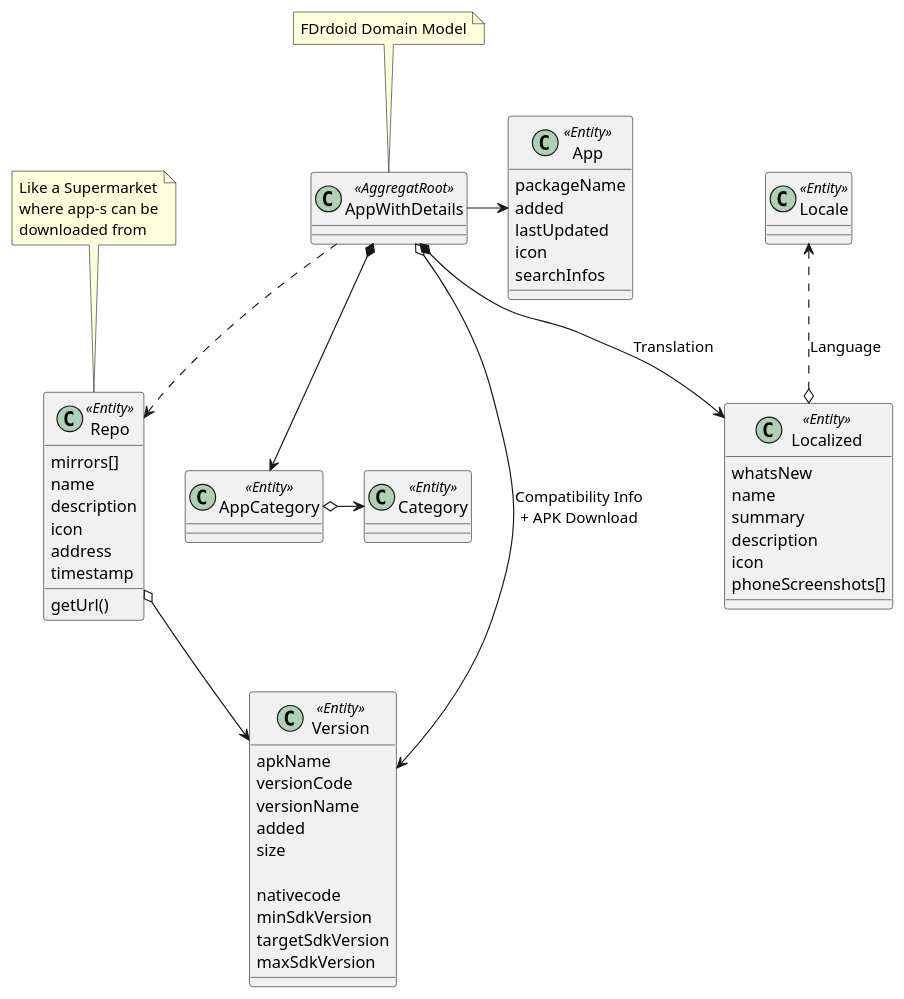
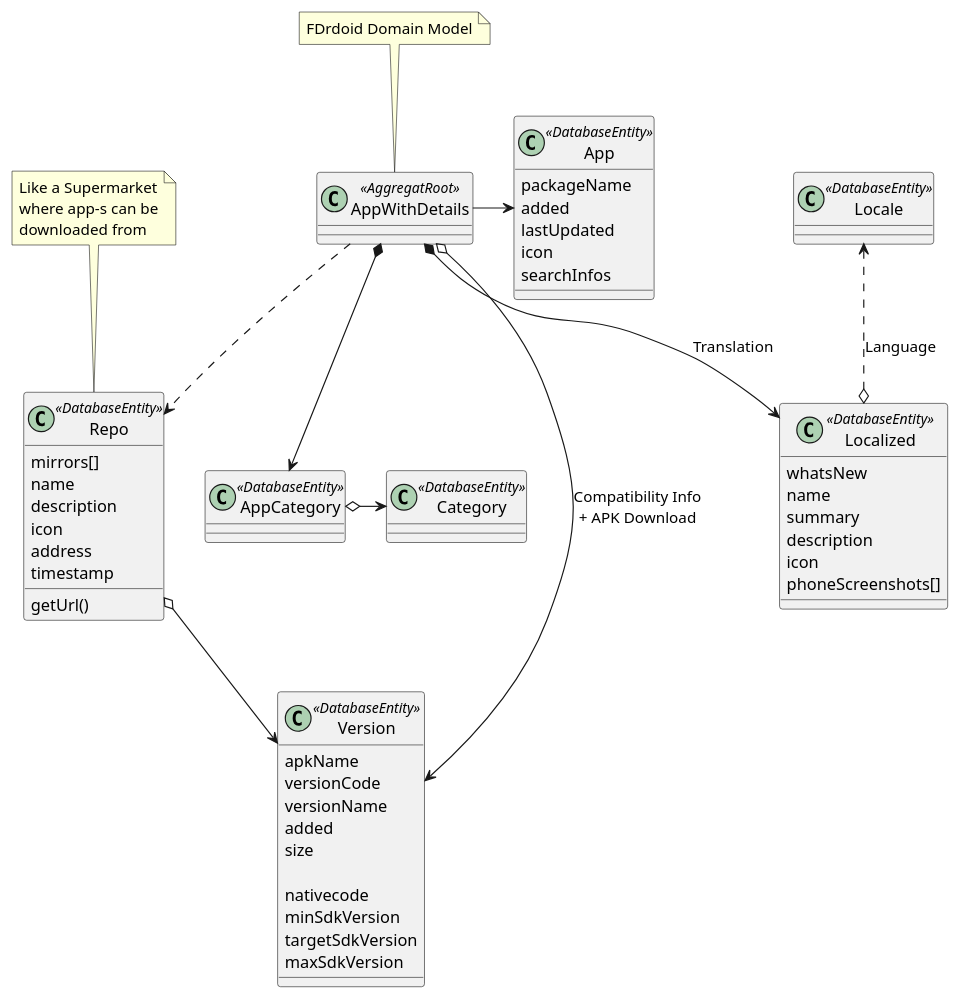
Before and after one commit to k3b/F-Droid-Universal-Catalog: the diagram in app/fdroid-domain/domain.puml, drawn with PlantUML. The commit also changed 6 other files, not shown here.

```diff
--- a/app/fdroid-domain/domain.puml
+++ b/app/fdroid-domain/domain.puml
@@ -1,66 +1,66 @@
 @startuml
 
 note "FDrdoid Domain Model" as FDroid
 
 
 note "Like a Supermarket\nwhere app-s can be\ndownloaded from" as NoteRepo
 
-class Repo <<Entity>> {
+class Repo <<DatabaseEntity>> {
   mirrors[]
   name
   description
   icon
   address
   timestamp
   getUrl()
 }
 
-class App <<Entity>> {
+class App <<DatabaseEntity>> {
   packageName
   added
   lastUpdated
   icon
   searchInfos
 }
 
-class Version <<Entity>> {
+class Version <<DatabaseEntity>> {
   apkName
   versionCode
   versionName
   added
   size
 
   nativecode
   minSdkVersion
   targetSdkVersion
   maxSdkVersion
 }
 
-class Localized <<Entity>> {
+class Localized <<DatabaseEntity>> {
   whatsNew
   name
   summary
   description
   icon
   phoneScreenshots[]
 }
 
 class AppWithDetails <<AggregatRoot>>
-class Locale <<Entity>>
-class AppCategory <<Entity>>
-class Category <<Entity>>
+class Locale <<DatabaseEntity>>
+class AppCategory <<DatabaseEntity>>
+class Category <<DatabaseEntity>>
 
 AppWithDetails..> Repo
 AppWithDetails -> App
 AppWithDetails *--> Localized : Translation
 AppWithDetails o--> Version : Compatibility Info\n+ APK Download
 Repo o--> Version
 Locale <..o Localized : "Language"
 
 AppWithDetails *--> AppCategory
 AppCategory o-> Category
 
 
 NoteRepo .. Repo
 FDroid .. AppWithDetails
 @enduml
```
